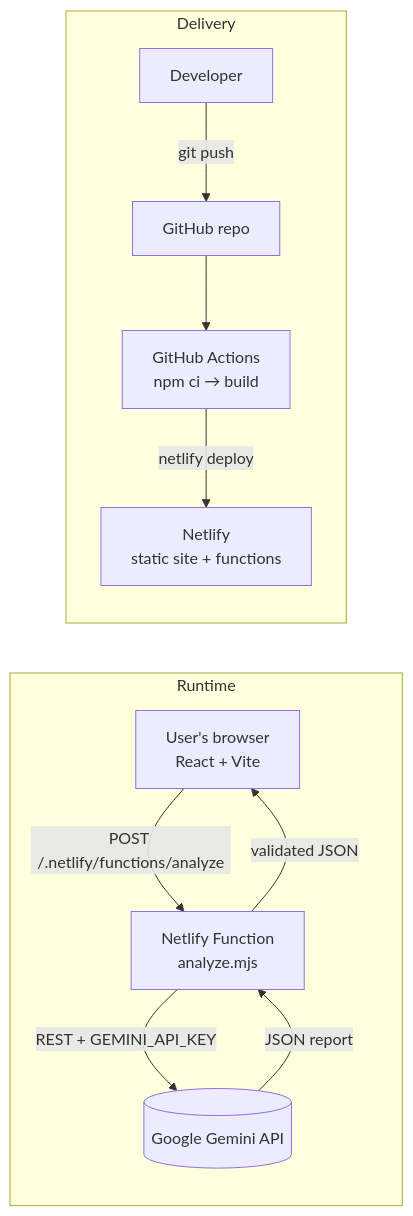
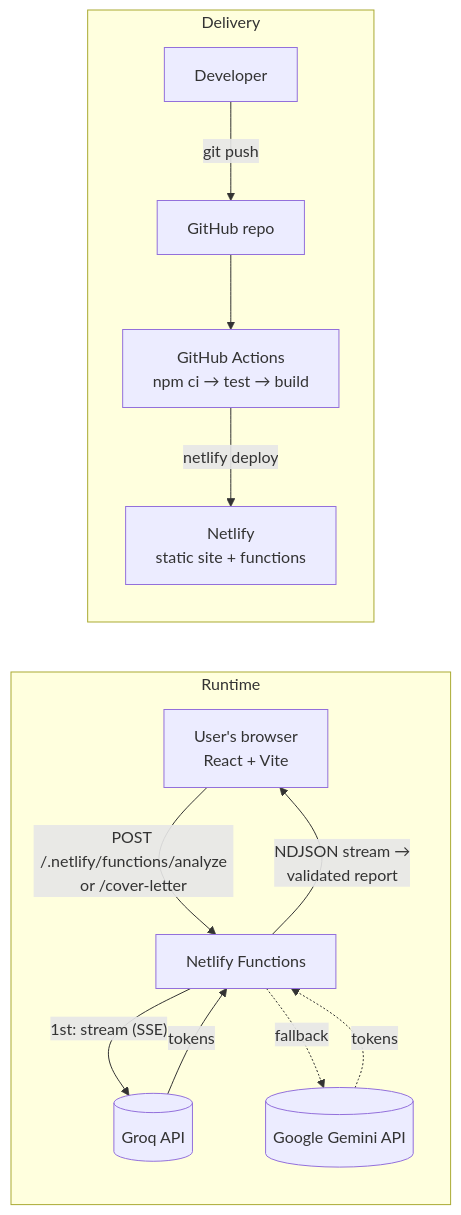
Before and after one commit to Harish-kumar-M-1998/ResumeMatchAI: the diagram in README.md, drawn with Mermaid. The commit also changed other lines of this file and 12 other files, not shown here.

````diff
--- a/README.md
+++ b/README.md
@@ -45,15 +53,17 @@
 ```mermaid
 flowchart LR
   subgraph Runtime
-    U[User's browser<br/>React + Vite] -- "POST /.netlify/functions/analyze" --> F[Netlify Function<br/>analyze.mjs]
-    F -- "REST + GEMINI_API_KEY" --> G[(Google Gemini API)]
-    G -- JSON report --> F
-    F -- validated JSON --> U
+    U[User's browser<br/>React + Vite] -- "POST /.netlify/functions/analyze<br/>or /cover-letter" --> F[Netlify Functions]
+    F -- "1st: stream (SSE)" --> Q[(Groq API)]
+    F -. "fallback" .-> G[(Google Gemini API)]
+    Q -- tokens --> F
+    G -. tokens .-> F
+    F -- "NDJSON stream →<br/>validated report" --> U
   end
 
   subgraph Delivery
     D[Developer] -- git push --> GH[GitHub repo]
-    GH --> GA[GitHub Actions<br/>npm ci → build]
+    GH --> GA[GitHub Actions<br/>npm ci → test → build]
     GA -- "netlify deploy" --> N[Netlify<br/>static site + functions]
   end
 ```
````
